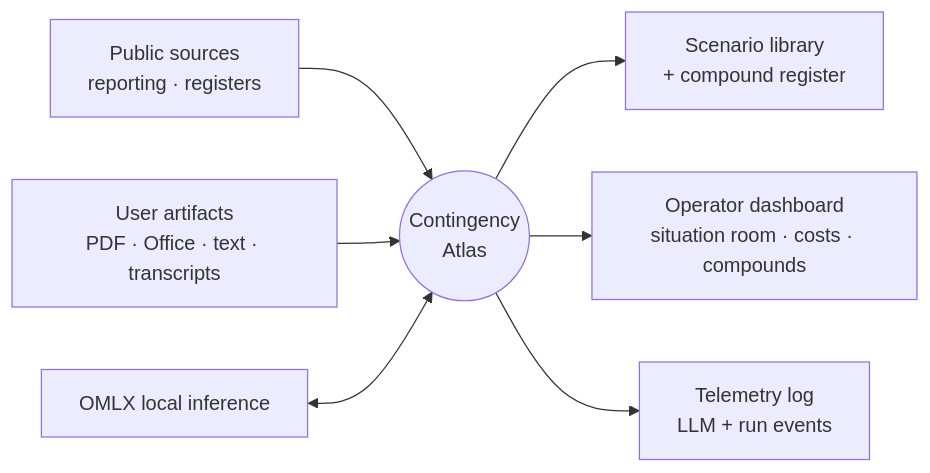
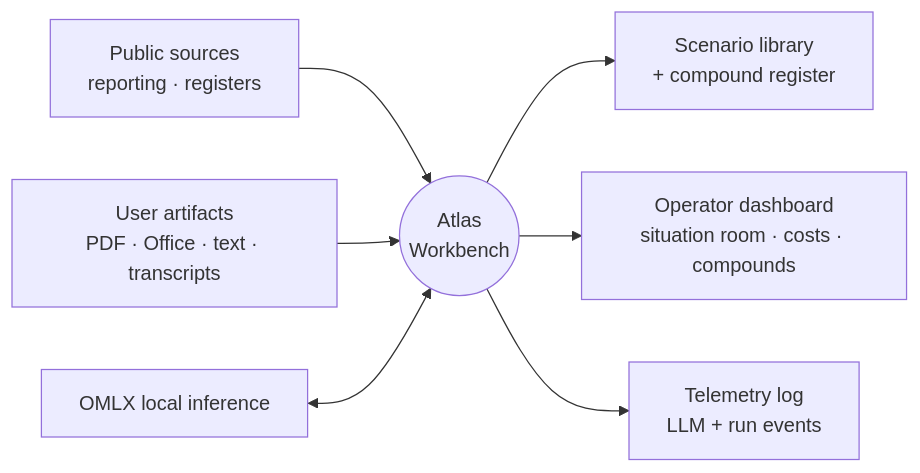
Before and after one commit to sw30labs/atlas-workbench: the first of 6 diagrams in docs/reference/dfd.md, drawn with Mermaid. The commit also changed 378 other files, not shown here.

First line of the commit message:
feat(release): rename the package to workbench_atlas for 0.2.0

````diff
--- a/docs/reference/dfd.md
+++ b/docs/reference/dfd.md
@@ -5,9 +5,9 @@
 ```mermaid
 flowchart LR
-    PUB[Public sources<br/>reporting · registers] --> ATLAS((Contingency<br/>Atlas))
+    PUB[Public sources<br/>reporting · registers] --> ATLAS((Atlas<br/>Workbench))
     ART[User artifacts<br/>PDF · Office · text · transcripts] --> ATLAS
     ATLAS --> LIB[Scenario library<br/>+ compound register]
     ATLAS --> DASH[Operator dashboard<br/>situation room · costs · compounds]
     OMLX[OMLX local inference] <--> ATLAS
     ATLAS --> TEL[Telemetry log<br/>LLM + run events]
 ```
````
